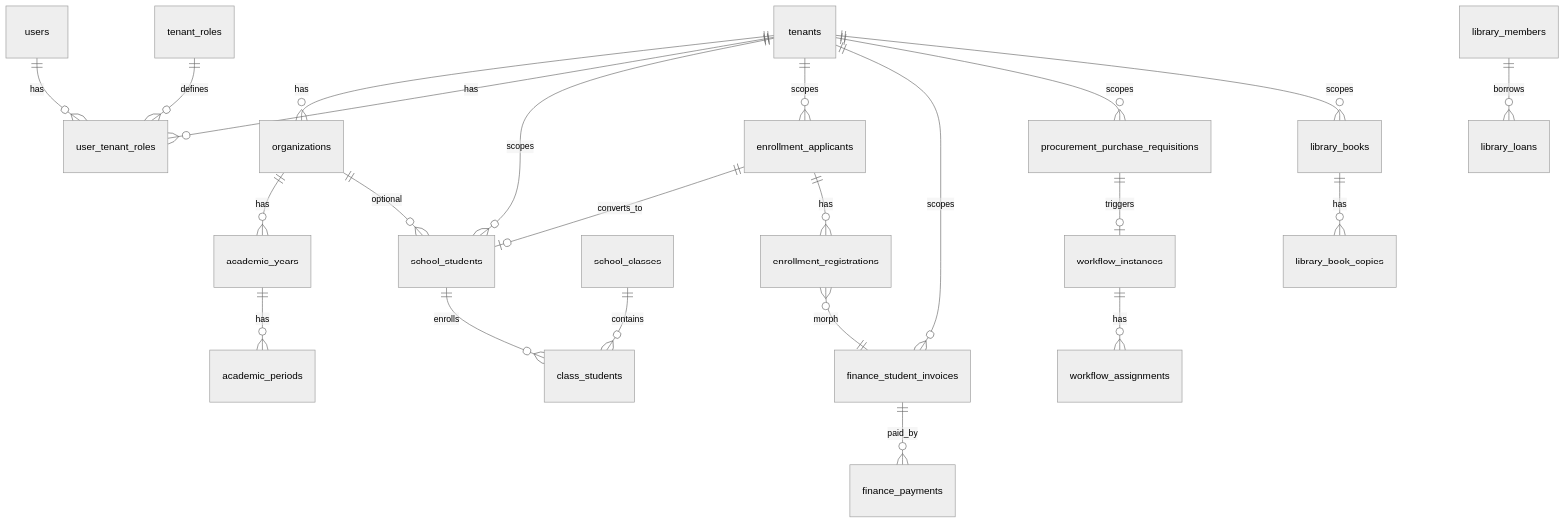
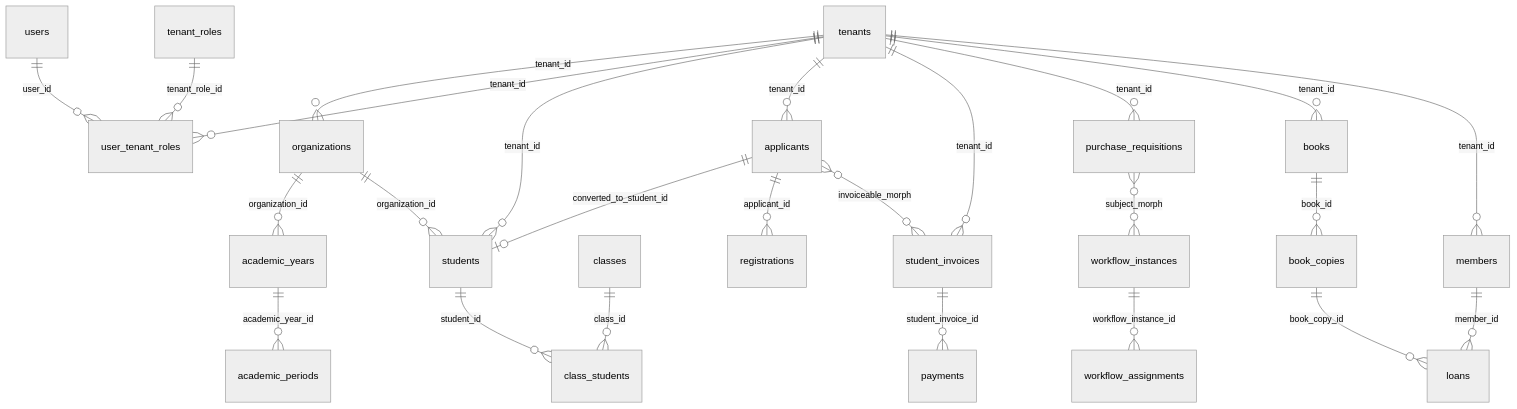
Before and after one commit to yusufbayuw/foundationOS: the third of 5 diagrams in TECHNICAL_DOCUMENTATION.md, drawn with Mermaid (neutral theme). The commit also changed other lines of this file, not shown here.

Commit message:
docs: fix ERD table names and route counts in technical documentation
- Replace illustrative ERD entity names with verified tables from
  entity-catalog.json (students, applicants, classes, etc.)
- Add migration evidence table for each hub FK/morph edge
- Correct route counts to 1781 total and 104 API (route:list)

````diff
--- a/TECHNICAL_DOCUMENTATION.md
+++ b/TECHNICAL_DOCUMENTATION.md
@@ -680,30 +682,32 @@
 ```mermaid
 erDiagram
-    tenants ||--o{ organizations : has
-    tenants ||--o{ user_tenant_roles : has
-    users ||--o{ user_tenant_roles : has
-    tenant_roles ||--o{ user_tenant_roles : defines
-    organizations ||--o{ academic_years : has
-    academic_years ||--o{ academic_periods : has
+    tenants ||--o{ organizations : tenant_id
+    tenants ||--o{ user_tenant_roles : tenant_id
+    users ||--o{ user_tenant_roles : user_id
+    tenant_roles ||--o{ user_tenant_roles : tenant_role_id
+    organizations ||--o{ academic_years : organization_id
+    academic_years ||--o{ academic_periods : academic_year_id
 
-    tenants ||--o{ school_students : scopes
-    organizations ||--o{ school_students : optional
-    school_students ||--o{ class_students : enrolls
-    school_classes ||--o{ class_students : contains
+    tenants ||--o{ students : tenant_id
+    organizations ||--o{ students : organization_id
+    students ||--o{ class_students : student_id
+    classes ||--o{ class_students : class_id
 
-    tenants ||--o{ enrollment_applicants : scopes
-    enrollment_applicants ||--o| school_students : converts_to
-    enrollment_applicants ||--o{ enrollment_registrations : has
+    tenants ||--o{ applicants : tenant_id
+    applicants ||--o| students : converted_to_student_id
+    applicants ||--o{ registrations : applicant_id
 
-    tenants ||--o{ finance_student_invoices : scopes
-    finance_student_invoices ||--o{ finance_payments : paid_by
-    enrollment_registrations }o--|| finance_student_invoices : morph
+    tenants ||--o{ student_invoices : tenant_id
+    student_invoices ||--o{ payments : student_invoice_id
+    applicants }o--o{ student_invoices : invoiceable_morph
 
-    tenants ||--o{ procurement_purchase_requisitions : scopes
-    procurement_purchase_requisitions ||--o| workflow_instances : triggers
-    workflow_instances ||--o{ workflow_assignments : has
+    tenants ||--o{ purchase_requisitions : tenant_id
+    workflow_instances ||--o{ workflow_assignments : workflow_instance_id
+    purchase_requisitions }o--o{ workflow_instances : subject_morph
 
-    tenants ||--o{ library_books : scopes
-    library_books ||--o{ library_book_copies : has
-    library_members ||--o{ library_loans : borrows
+    tenants ||--o{ books : tenant_id
+    books ||--o{ book_copies : book_id
+    tenants ||--o{ members : tenant_id
+    members ||--o{ loans : member_id
+    book_copies ||--o{ loans : book_copy_id
 ```
````
